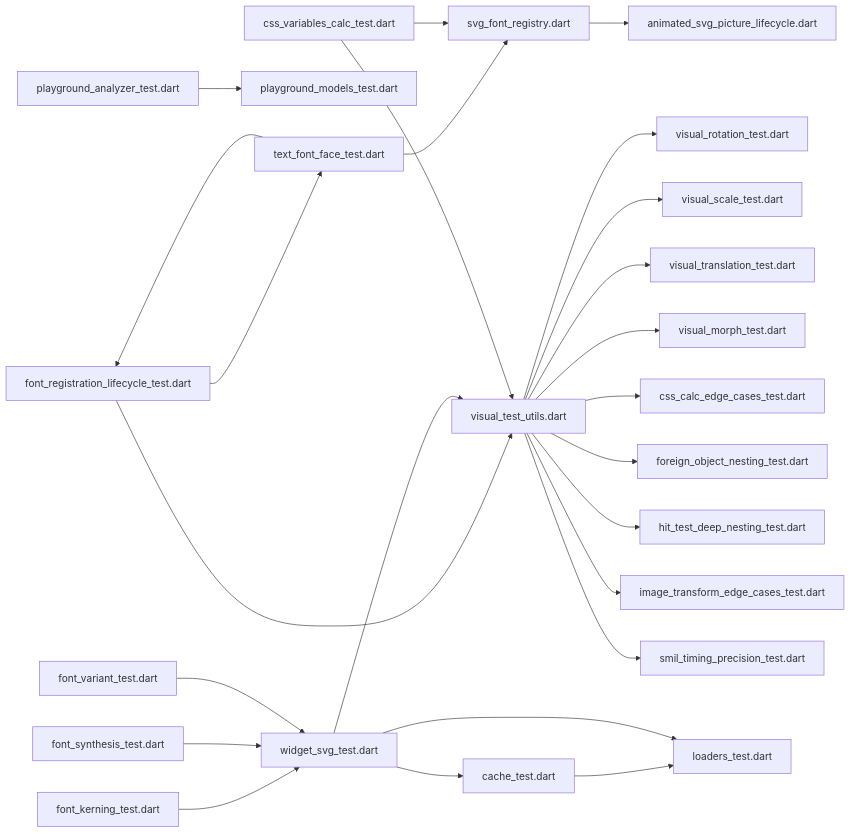
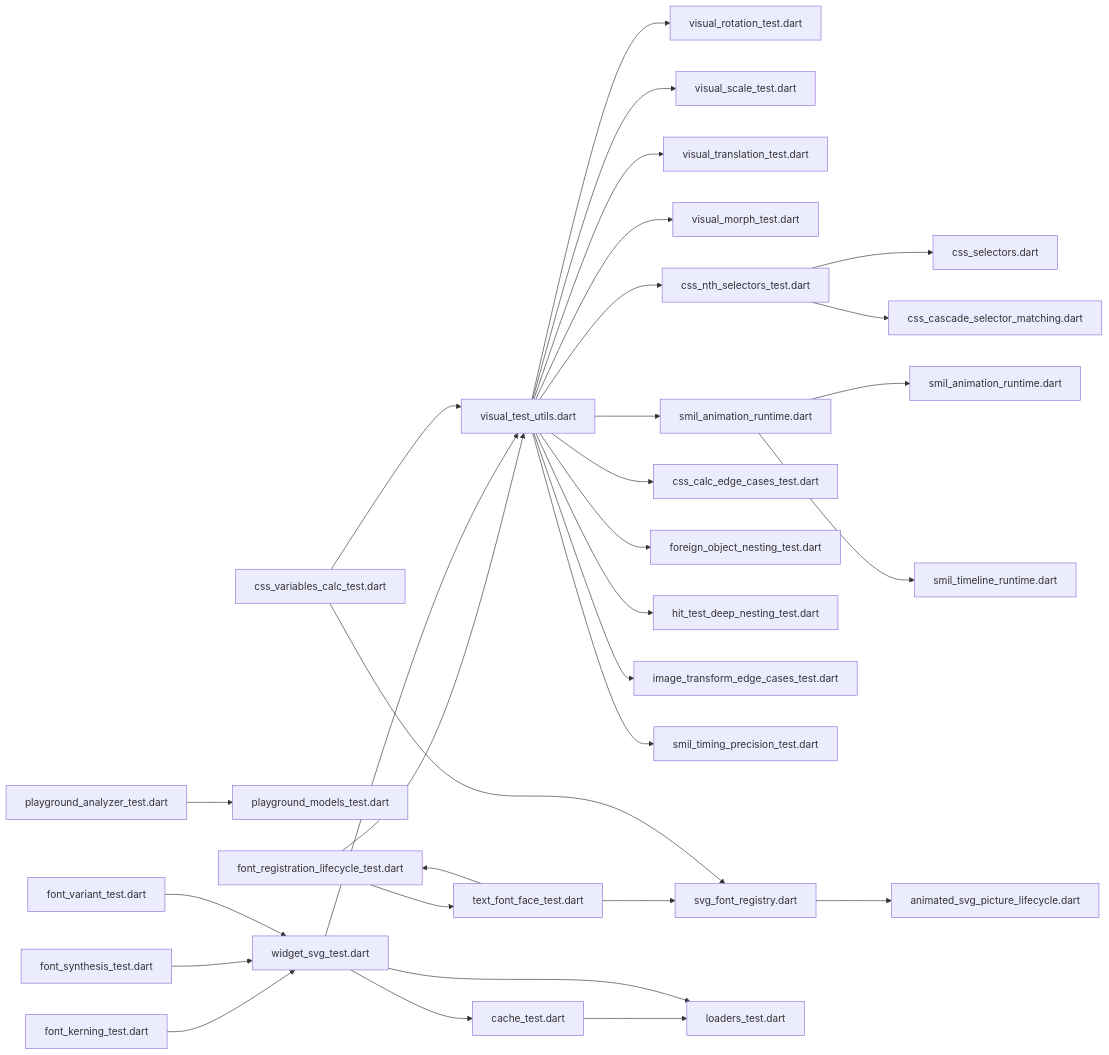
One commit to denisnadey/flutter_full_svg_support changed diagram 18 of 18 in .qoder/repowiki/en/content/Testing Suite Updates.md. Above: the diagram before and after it, drawn with Mermaid. The commit also changed other lines of this file and 25 other files, not shown here.

````diff
--- a/.qoder/repowiki/en/content/Testing Suite Updates.md
+++ b/.qoder/repowiki/en/content/Testing Suite Updates.md
@@ -853,27 +1084,33 @@
 ```mermaid
 graph LR
 VU["visual_test_utils.dart"] --> VR["visual_rotation_test.dart"]
 VU --> VS["visual_scale_test.dart"]
 VU --> VT["visual_translation_test.dart"]
 VU --> VM["visual_morph_test.dart"]
+VU --> CNST["css_nth_selectors_test.dart"]
+VU --> SART["smil_animation_runtime.dart"]
 VU --> CCE["css_calc_edge_cases_test.dart"]
 VU --> FON["foreign_object_nesting_test.dart"]
 VU --> HTDN["hit_test_deep_nesting_test.dart"]
 VU --> ITE["image_transform_edge_cases_test.dart"]
 VU --> STP["smil_timing_precision_test.dart"]
 FRL["font_registration_lifecycle_test.dart"] --> TF["text_font_face_test.dart"]
 FRL --> VU
 TF --> FRL
 TF --> FR["svg_font_registry.dart"]
 FR --> AF["animated_svg_picture_lifecycle.dart"]
 CT["cache_test.dart"] --> LT["loaders_test.dart"]
 PA["playground_analyzer_test.dart"] --> PM["playground_models_test.dart"]
 WS["widget_svg_test.dart"] --> VU
 WS --> CT
 WS --> LT
 FK["font_kerning_test.dart"] --> WS
 FS["font_synthesis_test.dart"] --> WS
 FV["font_variant_test.dart"] --> WS
 CVC["css_variables_calc_test.dart"] --> VU
 CVC --> FR
+CNST --> CSSSEL["css_selectors.dart"]
+CNST --> CSSMATCH["css_cascade_selector_matching.dart"]
+SART --> SMILRUNTIME["smil_animation_runtime.dart"]
+SART --> SMILTIMELINE["smil_timeline_runtime.dart"]
 ```
````
